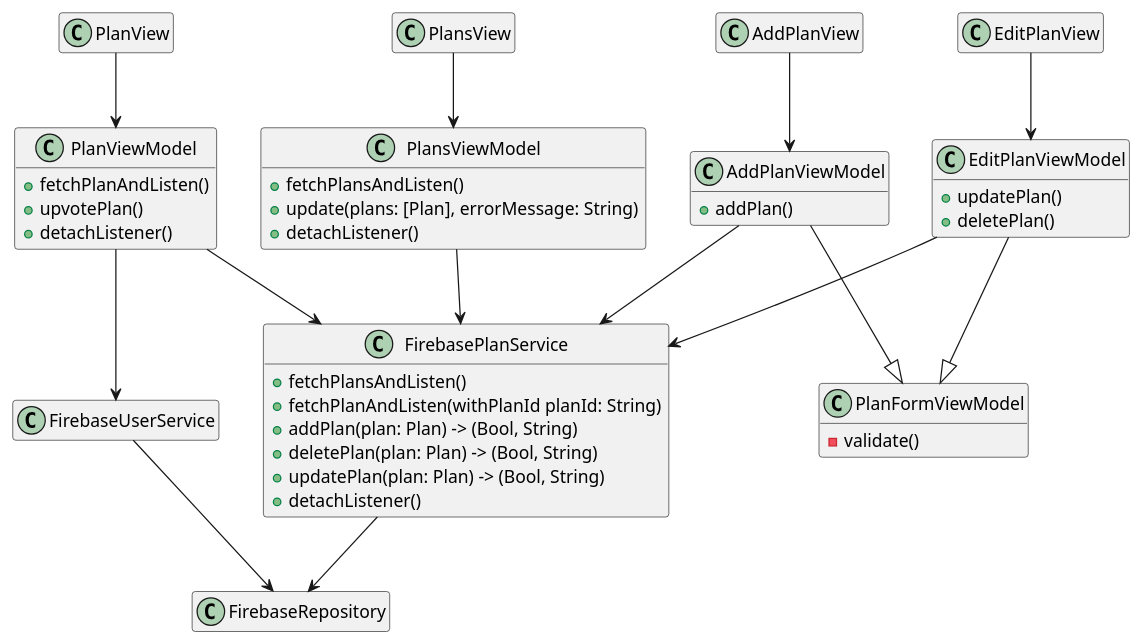
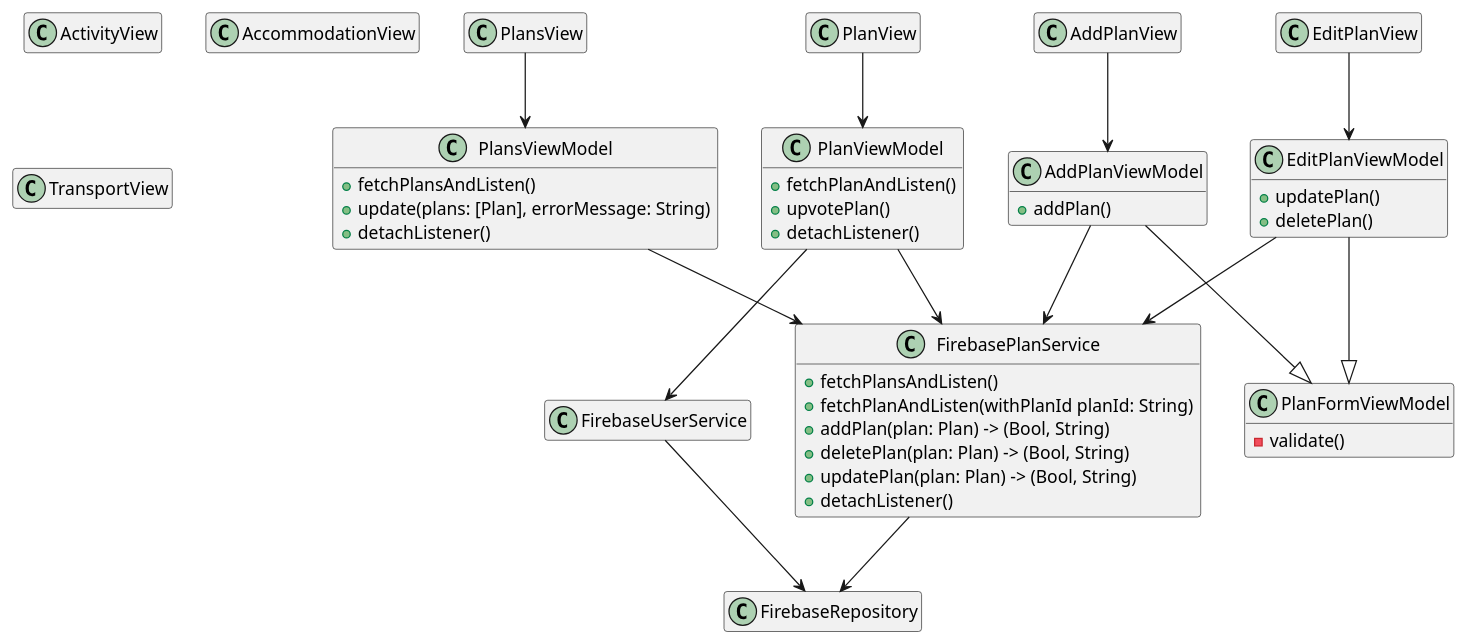
One commit to keanecjy/TourMate changed the diagram in docs/diagrams/Plan.puml. Above: the diagram before and after it, drawn with PlantUML. The commit also changed 1 other file, not shown here.

Commit message:
update uml

```diff
--- a/docs/diagrams/Plan.puml
+++ b/docs/diagrams/Plan.puml
@@ -1,70 +1,76 @@
 @startuml
 
 hide empty members
 
 class PlansView {}
+
+class ActivityView {}
+
+class AccommodationView {}
+
+class TransportView {}
 
 class PlanView {}
 
 class AddPlanView {}
 
 class EditPlanView {}
 
 class PlansViewModel {
     + fetchPlansAndListen()
     + update(plans: [Plan], errorMessage: String)
     + detachListener()
 }
 
 class PlanViewModel {
     + fetchPlanAndListen()
     + upvotePlan()
     + detachListener()
 }
 
 class AddPlanViewModel {
     + addPlan()
 }
 
 class EditPlanViewModel {
     + updatePlan()
     + deletePlan()
 }
 
 class PlanFormViewModel {
     - validate()
 }
 
 class FirebasePlanService {
     + fetchPlansAndListen()
     + fetchPlanAndListen(withPlanId planId: String)
     + addPlan(plan: Plan) -> (Bool, String)
     + deletePlan(plan: Plan) -> (Bool, String)
     + updatePlan(plan: Plan) -> (Bool, String)
     + detachListener()
 }
 
 class FirebaseUserService {
 }
 
 class FirebaseRepository {}
 
 PlansView --> PlansViewModel
 PlanView --> PlanViewModel
 AddPlanView --> AddPlanViewModel
 EditPlanView --> EditPlanViewModel
 
 PlansViewModel --> FirebasePlanService
 PlanViewModel --> FirebasePlanService
 AddPlanViewModel --> FirebasePlanService
 EditPlanViewModel --> FirebasePlanService
 
 AddPlanViewModel --|> PlanFormViewModel
 EditPlanViewModel --|> PlanFormViewModel
 
 PlanViewModel --> FirebaseUserService
 
 FirebaseUserService --> FirebaseRepository
 FirebasePlanService --> FirebaseRepository
 
 @enduml
```
